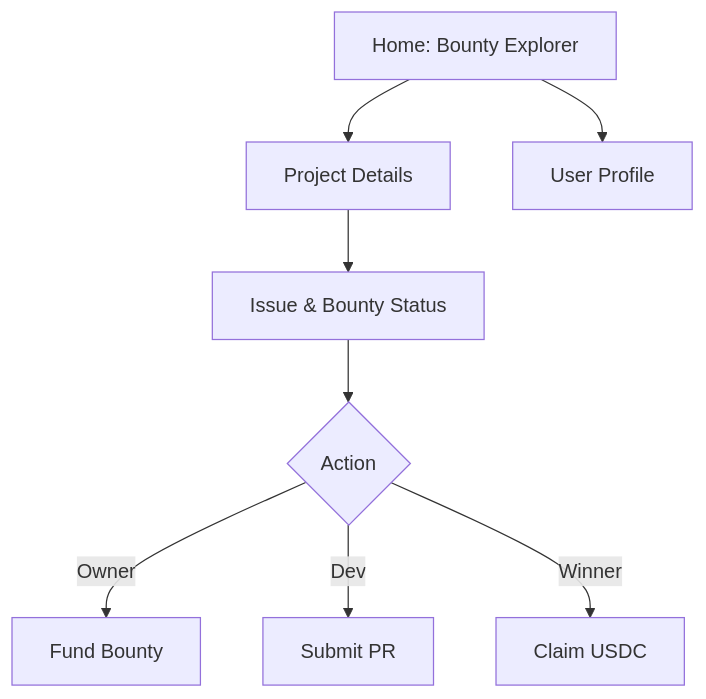
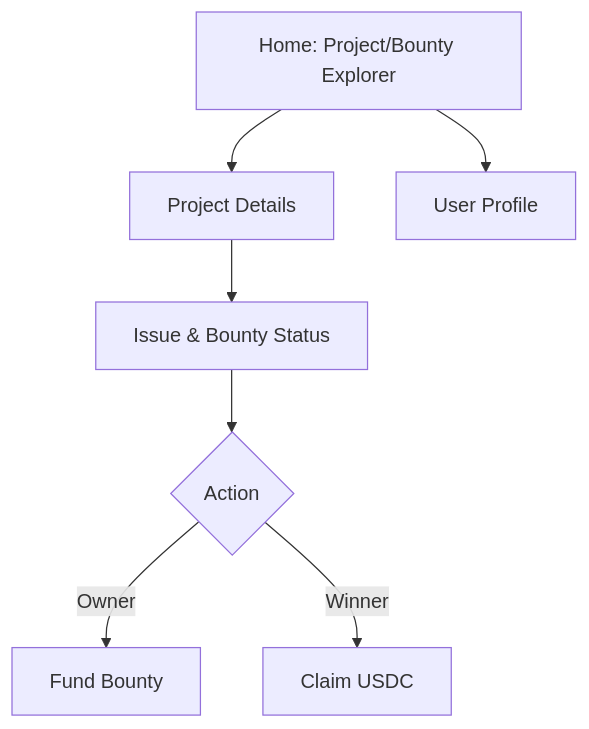
The second of 3 diagrams in docs/CAPSTONE_MILESTONE_2_PRESENTATION.md (p2arthur/wesource-test-bounties), drawn with Mermaid before and after one commit. The commit also changed other lines of this file and 1 other file, not shown here.

````diff
--- a/docs/CAPSTONE_MILESTONE_2_PRESENTATION.md
+++ b/docs/CAPSTONE_MILESTONE_2_PRESENTATION.md
@@ -70,10 +70,9 @@
 ```mermaid
 graph TD
-  Home[Home: Bounty Explorer] --> Project[Project Details]
+  Home[Home: Project/Bounty Explorer] --> Project[Project Details]
   Home --> Profile[User Profile]
   Project --> Issue[Issue & Bounty Status]
   Issue --> Action{Action}
   Action -->|Owner| Fund[Fund Bounty]
-  Action -->|Dev| Submit[Submit PR]
   Action -->|Winner| Claim[Claim USDC]
 ```
````
